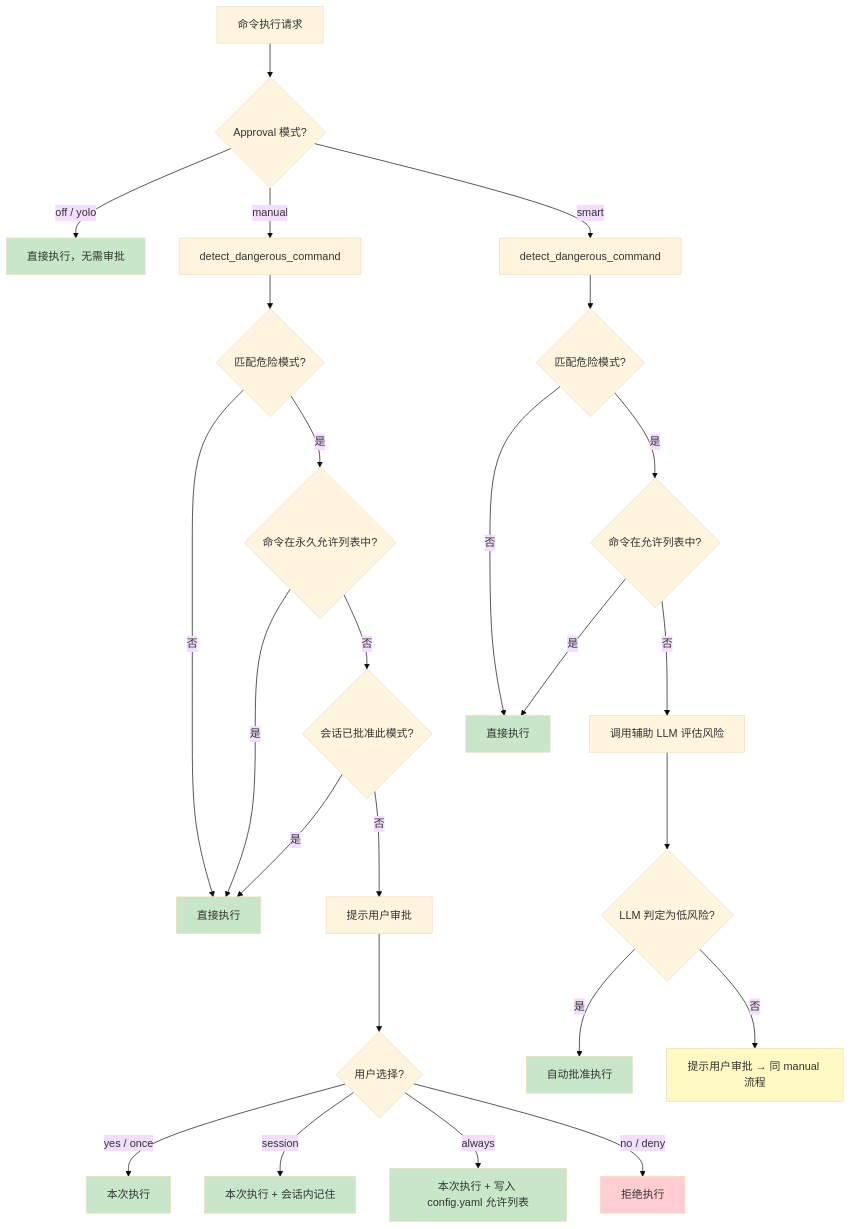
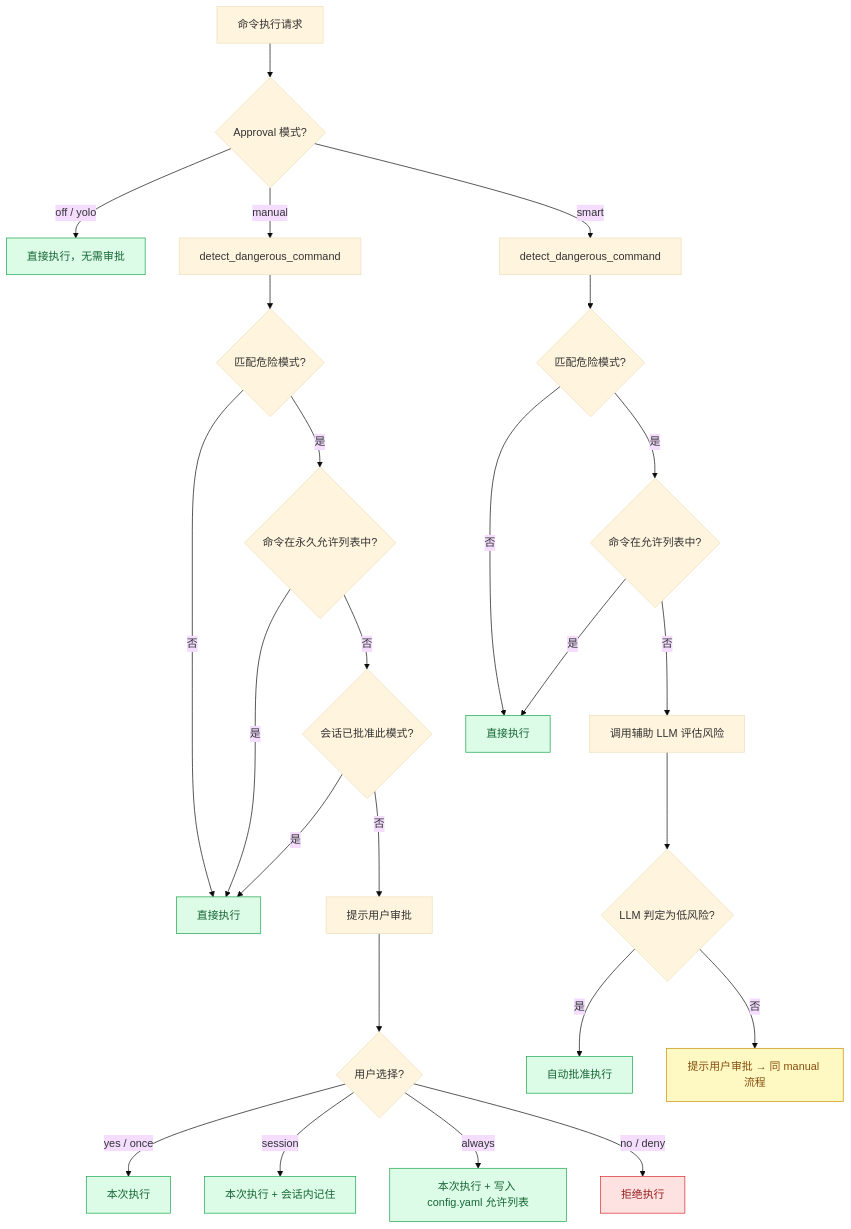
The diagram in diagrams/approval-decision-flow.mmd (pty819/hermes-docs), drawn with Mermaid (base theme) before and after one commit. The commit also changed 27 other files, not shown here.

```diff
--- a/diagrams/approval-decision-flow.mmd
+++ b/diagrams/approval-decision-flow.mmd
@@ -1,39 +1,38 @@
 flowchart TD
     A[命令执行请求] --> B{Approval 模式?}
 
     B -->|off / yolo| C[直接执行，无需审批]
 
     B -->|manual| D[detect_dangerous_command]
     D --> D1{匹配危险模式?}
     D1 -->|否| D2[直接执行]
     D1 -->|是| D3{命令在永久允许列表中?}
     D3 -->|是| D2
     D3 -->|否| D4{会话已批准此模式?}
     D4 -->|是| D2
     D4 -->|否| D5[提示用户审批]
 
     D5 --> E{用户选择?}
     E -->|yes / once| F[本次执行]
     E -->|session| G[本次执行 + 会话内记住]
     E -->|always| H[本次执行 + 写入 config.yaml 允许列表]
     E -->|no / deny| I[拒绝执行]
 
     B -->|smart| J[detect_dangerous_command]
     J --> J1{匹配危险模式?}
     J1 -->|否| J2[直接执行]
     J1 -->|是| J3{命令在允许列表中?}
     J3 -->|是| J2
     J3 -->|否| J4[调用辅助 LLM 评估风险]
     J4 --> J5{LLM 判定为低风险?}
     J5 -->|是| J6[自动批准执行]
     J5 -->|否| J7[提示用户审批 → 同 manual 流程]
 
-    style C fill:#c8e6c9
-    style D2 fill:#c8e6c9
-    style J2 fill:#c8e6c9
-    style F fill:#c8e6c9
-    style G fill:#c8e6c9
-    style H fill:#c8e6c9
-    style J6 fill:#c8e6c9
-    style I fill:#ffcdd2
-    style J7 fill:#fff9c4
+    classDef start fill:#dbeafe,stroke:#3b82f6,color:#1e3a8a
+    classDef success fill:#dcfce7,stroke:#16a34a,color:#166534
+    classDef warn fill:#fef9c3,stroke:#ca8a04,color:#854d0e
+    classDef fail fill:#fee2e2,stroke:#dc2626,color:#991b1b
+    classDef info fill:#f1f5f9,stroke:#64748b,color:#334155
+    class C,D2,J2,F,G,H,J6 success
+    class I fail
+    class J7 warn
```
